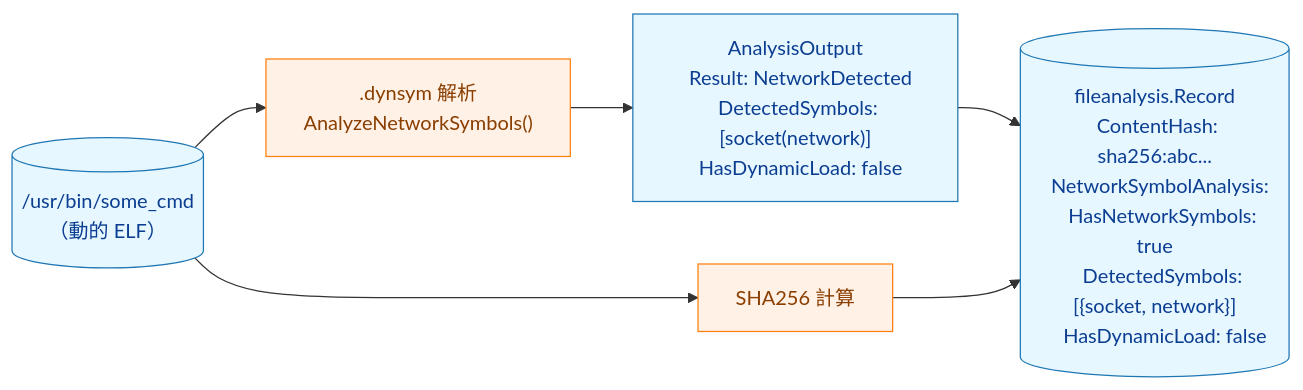
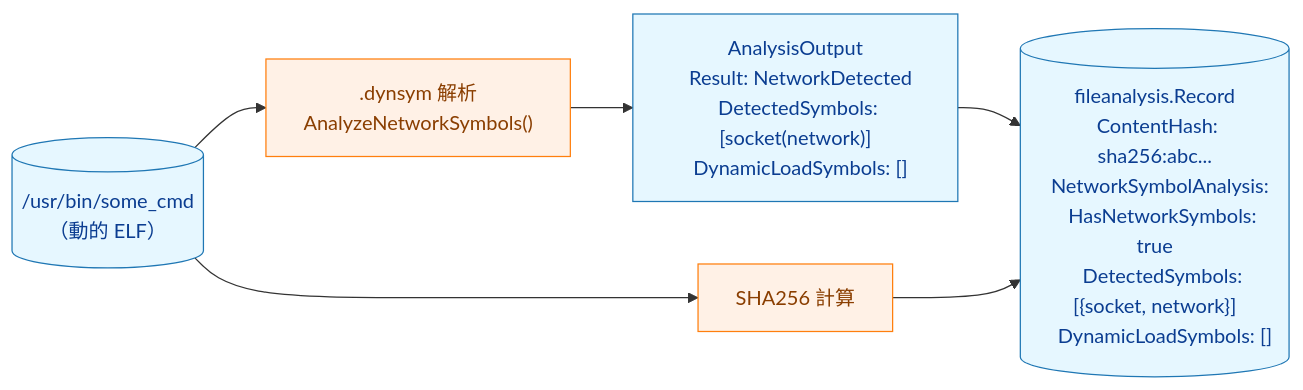
The fifth of 6 diagrams in docs/tasks/0076_network_symbol_caching/02_architecture.md (isseis/go-safe-cmd-runner), drawn with Mermaid before and after one commit. The commit also changed other lines of this file and 1 other file, not shown here.

First line of the commit message:
docs(0076): add DynamicLoadSymbols field and fix Mermaid line breaks

````diff
--- a/docs/tasks/0076_network_symbol_caching/02_architecture.md
+++ b/docs/tasks/0076_network_symbol_caching/02_architecture.md
@@ -261,20 +263,20 @@
 ```mermaid
 flowchart LR
     classDef data fill:#e6f7ff,stroke:#1f77b4,stroke-width:1px,color:#0b3d91;
     classDef process fill:#fff1e6,stroke:#ff7f0e,stroke-width:1px,color:#8a3e00;
 
-    BIN[("/usr/bin/some_cmd\n（動的 ELF）")]
+    BIN[("/usr/bin/some_cmd<br>（動的 ELF）")]
     HASH["SHA256 計算"]
-    DYNSYM[".dynsym 解析\nAnalyzeNetworkSymbols()"]
-    OUT["AnalysisOutput\n  Result: NetworkDetected\n  DetectedSymbols: [socket(network)]\n  HasDynamicLoad: false"]
-    REC[("fileanalysis.Record\n  ContentHash: sha256:abc...\n  NetworkSymbolAnalysis:\n    HasNetworkSymbols: true\n    DetectedSymbols: [{socket, network}]\n    HasDynamicLoad: false")]
+    DYNSYM[".dynsym 解析<br>AnalyzeNetworkSymbols()"]
+    OUT["AnalysisOutput<br>  Result: NetworkDetected<br>  DetectedSymbols: [socket(network)]<br>  DynamicLoadSymbols: []"]
+    REC[("fileanalysis.Record<br>  ContentHash: sha256:abc...<br>  NetworkSymbolAnalysis:<br>    HasNetworkSymbols: true<br>    DetectedSymbols: [{socket, network}]<br>    DynamicLoadSymbols: []")]
 
     BIN --> HASH
     BIN --> DYNSYM
     DYNSYM --> OUT
     OUT --> REC
     HASH --> REC
 
     class BIN,OUT,REC data;
     class HASH,DYNSYM process;
 ```
````
